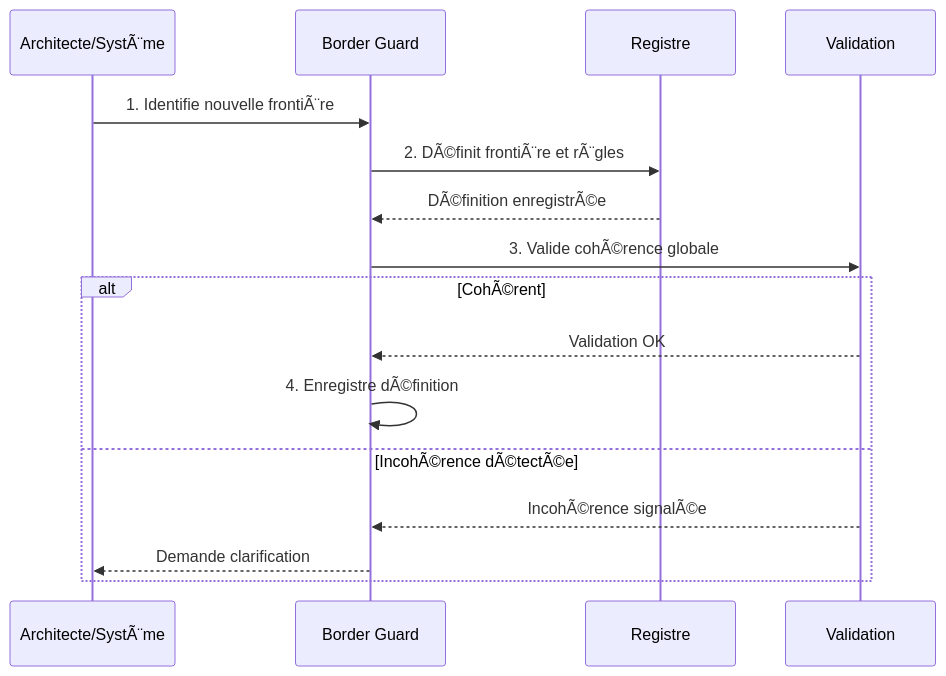
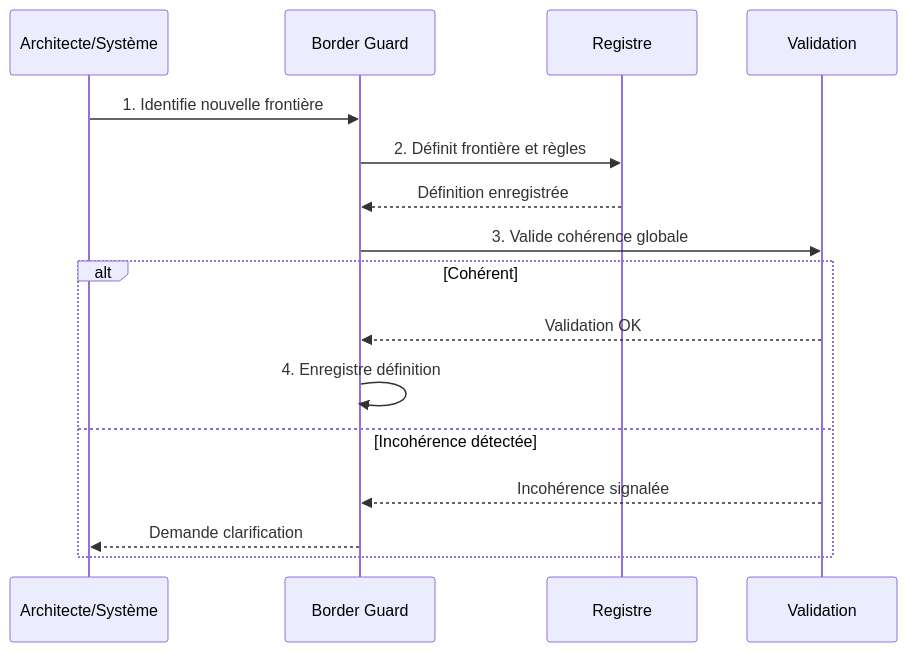
The fourth of 5 diagrams in docs/cores/BorderGuard/architecture/Border Guard - Architecture & Flows.md (StudioMiyukini/miyukini_cog), drawn with Mermaid before and after one commit. The commit also changed other lines of this file and 564 other files, not shown here.

````diff
--- a/docs/cores/BorderGuard/architecture/Border Guard - Architecture & Flows.md
+++ b/docs/cores/BorderGuard/architecture/Border Guard - Architecture & Flows.md
@@ -307,19 +307,19 @@
 ```mermaid
 sequenceDiagram
-    participant Archi as Architecte/SystÃ¨me
+    participant Archi as Architecte/Système
     participant BG as Border Guard
     participant Reg as Registre
     participant Valid as Validation
 
-    Archi->>BG: 1. Identifie nouvelle frontiÃ¨re
-    BG->>Reg: 2. DÃ©finit frontiÃ¨re et rÃ¨gles
-    Reg-->>BG: DÃ©finition enregistrÃ©e
-    BG->>Valid: 3. Valide cohÃ©rence globale
-    alt CohÃ©rent
+    Archi->>BG: 1. Identifie nouvelle frontière
+    BG->>Reg: 2. Définit frontière et règles
+    Reg-->>BG: Définition enregistrée
+    BG->>Valid: 3. Valide cohérence globale
+    alt Cohérent
         Valid-->>BG: Validation OK
-        BG->>BG: 4. Enregistre dÃ©finition
-    else IncohÃ©rence dÃ©tectÃ©e
-        Valid-->>BG: IncohÃ©rence signalÃ©e
+        BG->>BG: 4. Enregistre définition
+    else Incohérence détectée
+        Valid-->>BG: Incohérence signalée
         BG-->>Archi: Demande clarification
     end
 ```
````
